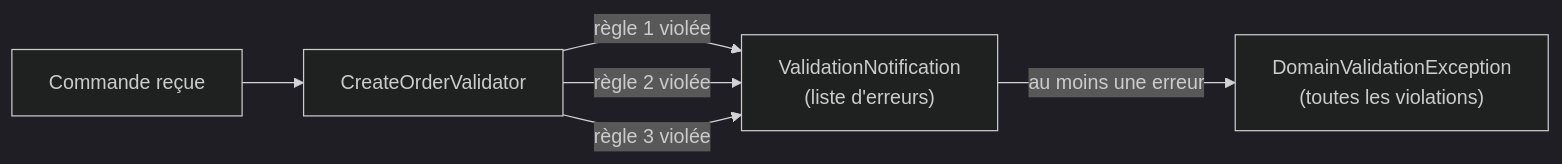
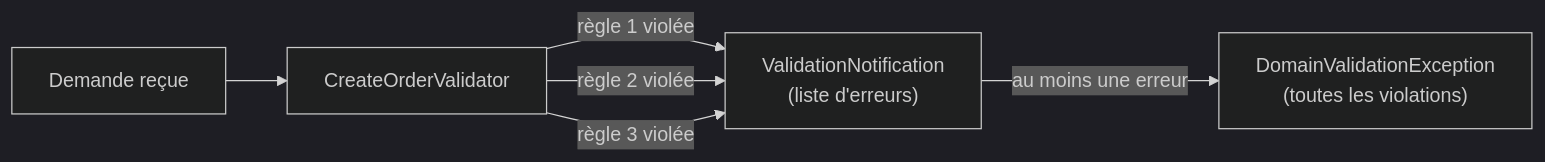
The third of 6 diagrams in sketches/SpringBoot4IntegrationTests4/General.md (inacioc/Arduino), drawn with Mermaid (dark theme) before and after one commit. The commit also changed other lines of this file and 1 other file, not shown here.

````diff
--- a/sketches/SpringBoot4IntegrationTests4/General.md
+++ b/sketches/SpringBoot4IntegrationTests4/General.md
@@ -184,8 +466,8 @@
 ```mermaid
 flowchart LR
-    Cmd["Commande reçue"] --> V["CreateOrderValidator"]
+    Cmd["Demande reçue"] --> V["CreateOrderValidator"]
     V -->|"règle 1 violée"| N["ValidationNotification<br/>(liste d'erreurs)"]
     V -->|"règle 2 violée"| N
     V -->|"règle 3 violée"| N
     N -->|"au moins une erreur"| E["DomainValidationException<br/>(toutes les violations)"]
 ```
````
